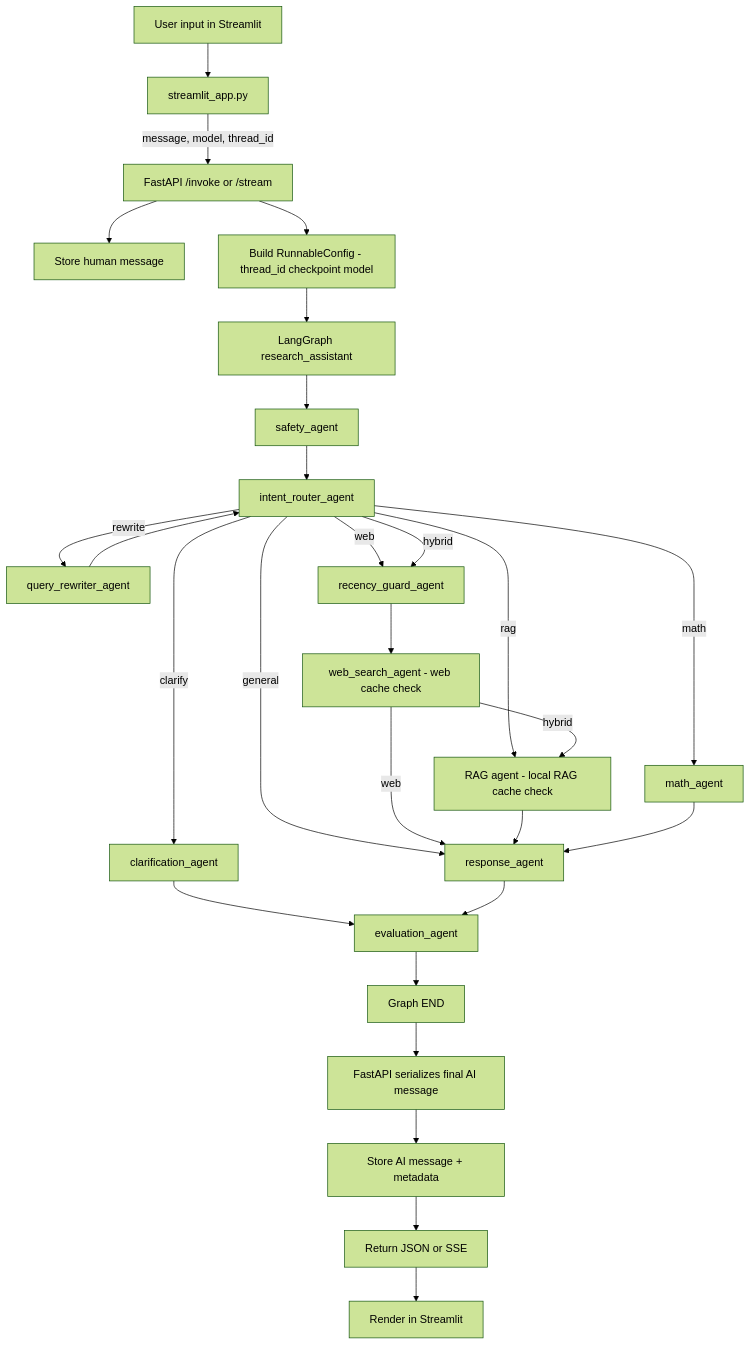
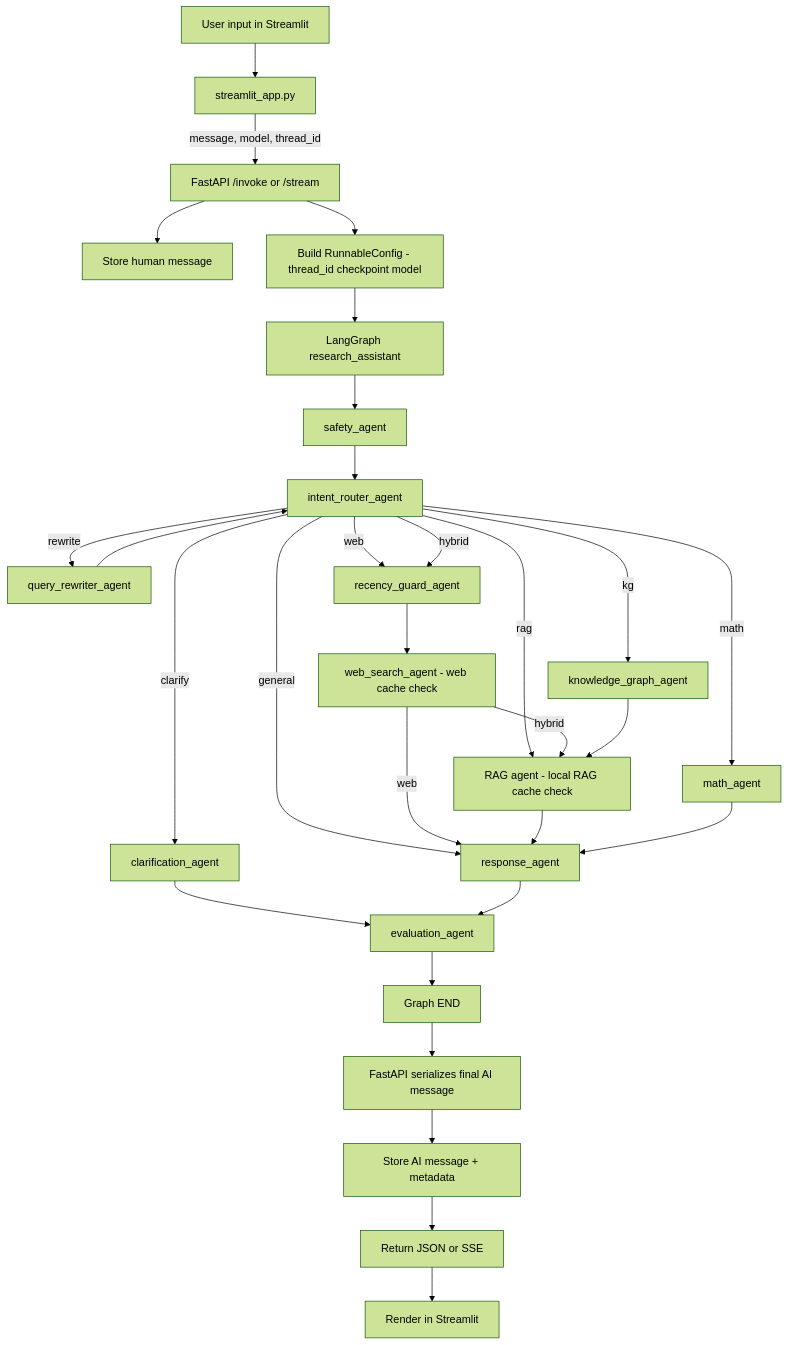
The diagram in README.md (Theepankumargandhi/Multi-Agent-Orchestration), drawn with Mermaid (forest theme) before and after one commit. The commit also changed other lines of this file and 23 other files, not shown here.

````diff
--- a/README.md
+++ b/README.md
@@ -36,37 +40,39 @@
 ```mermaid
 flowchart TD
     U[User input in Streamlit] --> ST[streamlit_app.py]
     ST -->|message, model, thread_id| API[FastAPI /invoke or /stream]
 
     API --> STOREH[Store human message]
     API --> CFG[Build RunnableConfig - thread_id checkpoint model]
     CFG --> LG[LangGraph research_assistant]
 
     LG --> SA[safety_agent]
     SA --> IR[intent_router_agent]
 
     IR -->|clarify| CA[clarification_agent]
     IR -->|rewrite| QR[query_rewriter_agent]
     QR --> IR
 
     IR -->|math| MA[math_agent]
     IR -->|web| RG[recency_guard_agent]
+    IR -->|kg| KG[knowledge_graph_agent]
     IR -->|rag| RA[rag_agent]
     IR -->|hybrid| RG
     IR -->|general| RESP[response_agent]
 
     RG --> WS[web_search_agent - web cache check]
     WS -->|web| RESP
     WS -->|hybrid| RA
+    KG --> RA
     RA[RAG agent - local RAG cache check] --> RESP
     MA --> RESP
 
     CA --> EVA[evaluation_agent]
     RESP --> EVA
     EVA --> END[Graph END]
 
     END --> APIOUT[FastAPI serializes final AI message]
     APIOUT --> STOREA[Store AI message + metadata]
     STOREA --> RET[Return JSON or SSE]
     RET --> UI[Render in Streamlit]
 ```
````
